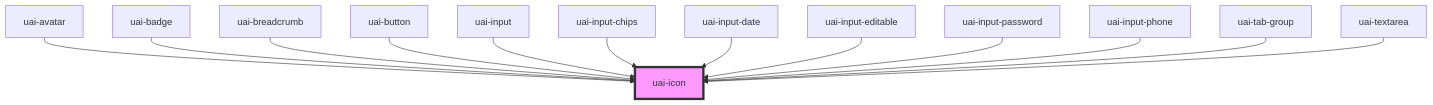
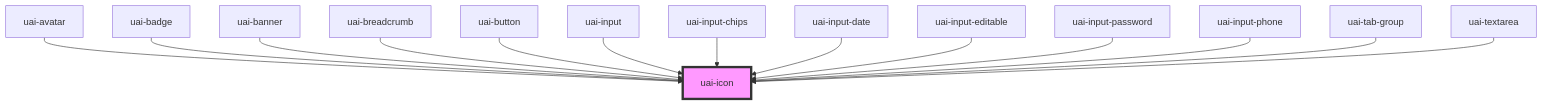
One commit to takenet/blip-ds changed the diagram in src/components/uai-icon/readme.md. Above: the diagram before and after it, drawn with Mermaid. The commit also changed other lines of this file and 20 other files, not shown here.

First line of the commit message:
feat(uai-banner): add UAI banner and deprecate bds-banner FROH-89

````diff
--- a/src/components/uai-icon/readme.md
+++ b/src/components/uai-icon/readme.md
@@ -57,16 +58,17 @@
 ```mermaid
 graph TD;
   uai-avatar --> uai-icon
   uai-badge --> uai-icon
+  uai-banner --> uai-icon
   uai-breadcrumb --> uai-icon
   uai-button --> uai-icon
   uai-input --> uai-icon
   uai-input-chips --> uai-icon
   uai-input-date --> uai-icon
   uai-input-editable --> uai-icon
   uai-input-password --> uai-icon
   uai-input-phone --> uai-icon
   uai-tab-group --> uai-icon
   uai-textarea --> uai-icon
   style uai-icon fill:#f9f,stroke:#333,stroke-width:4px
 ```
````
